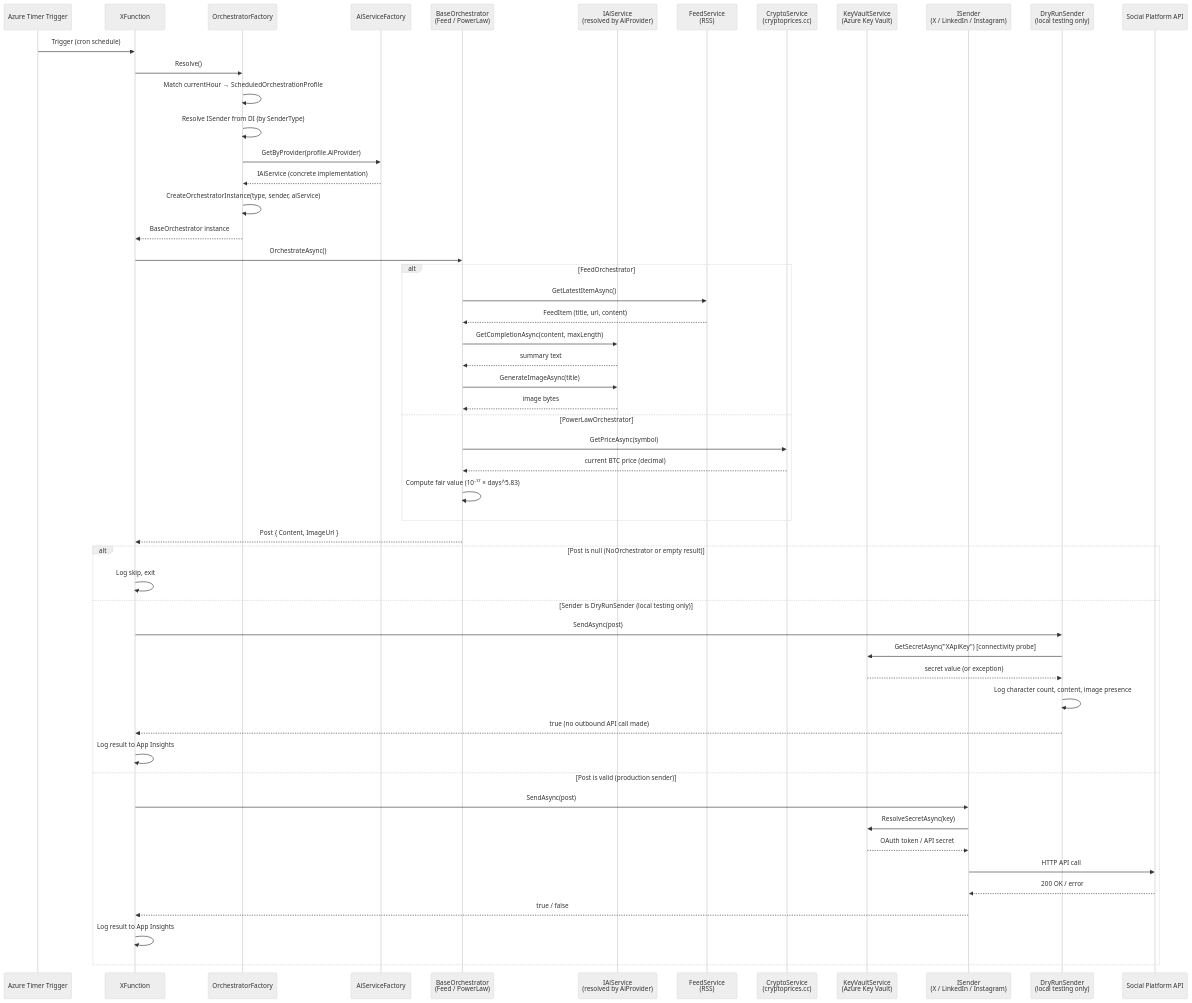
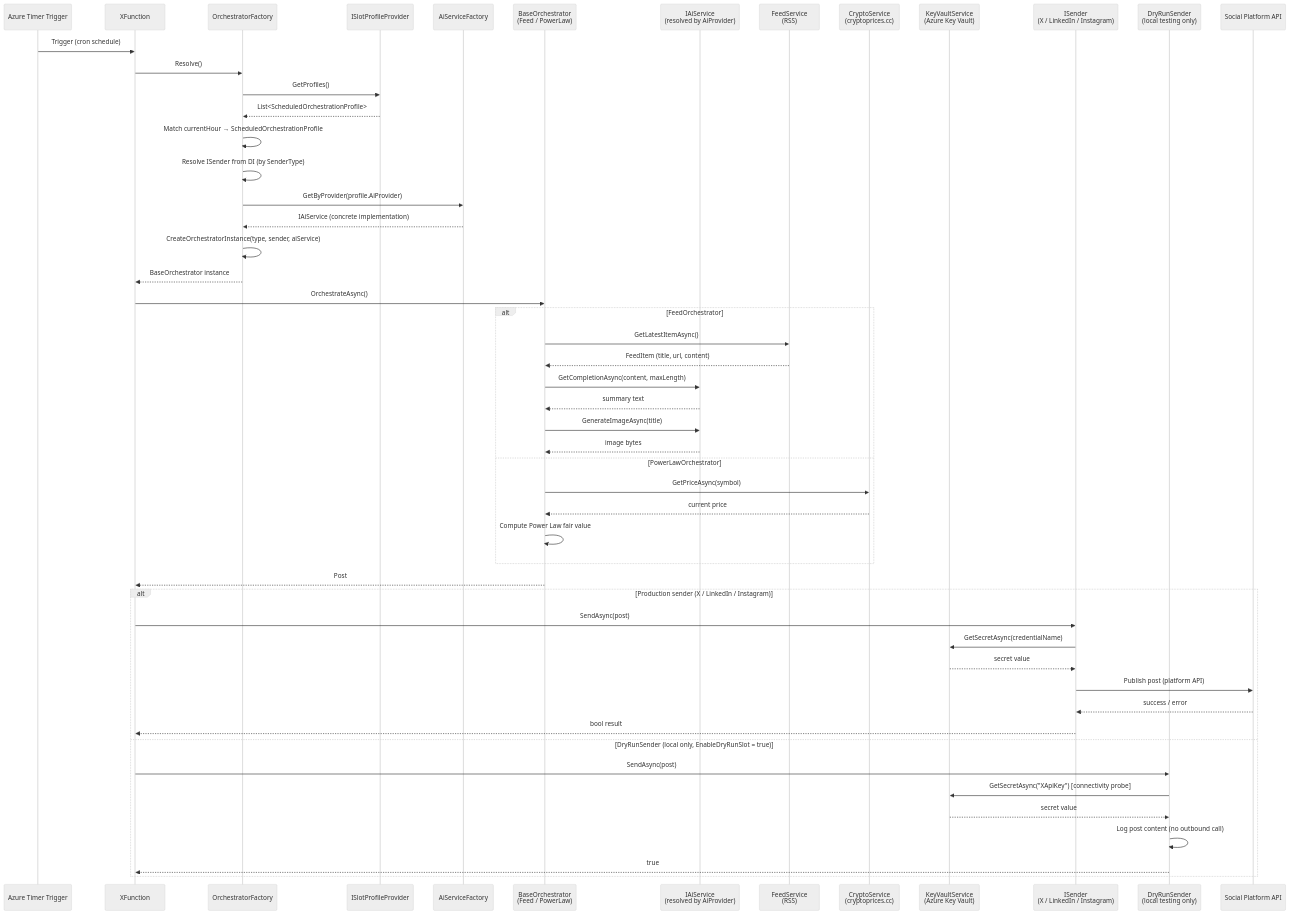
The diagram in docs/architecture.md (artcava/XPoster), drawn with Mermaid (neutral theme) before and after one commit. The commit also changed other lines of this file, not shown here.

Commit message:
docs: update architecture.md to reflect ISlotProfileProvider injection

````diff
--- a/docs/architecture.md
+++ b/docs/architecture.md
@@ -220,60 +222,59 @@
 ```mermaid
 sequenceDiagram
     participant Timer as Azure Timer Trigger
     participant Fn as XFunction
     participant Factory as OrchestratorFactory
+    participant ProfileProvider as ISlotProfileProvider
     participant AiFactory as AiServiceFactory
     participant Orch as BaseOrchestrator<br/>(Feed / PowerLaw)
     participant AI as IAiService<br/>(resolved by AiProvider)
     participant Feed as FeedService<br/>(RSS)
     participant Crypto as CryptoService<br/>(cryptoprices.cc)
     participant KV as KeyVaultService<br/>(Azure Key Vault)
     participant Sender as ISender<br/>(X / LinkedIn / Instagram)
     participant DryRun as DryRunSender<br/>(local testing only)
     participant Platform as Social Platform API
 
     Timer->>Fn: Trigger (cron schedule)
     Fn->>Factory: Resolve()
+    Factory->>ProfileProvider: GetProfiles()
+    ProfileProvider-->>Factory: List<ScheduledOrchestrationProfile>
     Factory->>Factory: Match currentHour → ScheduledOrchestrationProfile
     Factory->>Factory: Resolve ISender from DI (by SenderType)
     Factory->>AiFactory: GetByProvider(profile.AiProvider)
     AiFactory-->>Factory: IAiService (concrete implementation)
     Factory->>Factory: CreateOrchestratorInstance(type, sender, aiService)
     Factory-->>Fn: BaseOrchestrator instance
 
     Fn->>Orch: OrchestrateAsync()
 
     alt FeedOrchestrator
         Orch->>Feed: GetLatestItemAsync()
         Feed-->>Orch: FeedItem (title, url, content)
         Orch->>AI: GetCompletionAsync(content, maxLength)
         AI-->>Orch: summary text
         Orch->>AI: GenerateImageAsync(title)
         AI-->>Orch: image bytes
     else PowerLawOrchestrator
         Orch->>Crypto: GetPriceAsync(symbol)
-        Crypto-->>Orch: current BTC price (decimal)
-        Orch->>Orch: Compute fair value (10⁻¹⁷ × days^5.83)
+        Crypto-->>Orch: current price
+        Orch->>Orch: Compute Power Law fair value
     end
 
-    Orch-->>Fn: Post { Content, ImageUrl }
+    Orch-->>Fn: Post
 
-    alt Post is null (NoOrchestrator or empty result)
-        Fn->>Fn: Log skip, exit
-    else Sender is DryRunSender (local testing only)
+    alt Production sender (X / LinkedIn / Instagram)
+        Fn->>Sender: SendAsync(post)
+        Sender->>KV: GetSecretAsync(credentialName)
+        KV-->>Sender: secret value
+        Sender->>Platform: Publish post (platform API)
+        Platform-->>Sender: success / error
+        Sender-->>Fn: bool result
+    else DryRunSender (local only, EnableDryRunSlot = true)
         Fn->>DryRun: SendAsync(post)
         DryRun->>KV: GetSecretAsync("XApiKey") [connectivity probe]
-        KV-->>DryRun: secret value (or exception)
-        DryRun->>DryRun: Log character count, content, image presence
-        DryRun-->>Fn: true (no outbound API call made)
-        Fn->>Fn: Log result to App Insights
-    else Post is valid (production sender)
-        Fn->>Sender: SendAsync(post)
-        Sender->>KV: ResolveSecretAsync(key)
-        KV-->>Sender: OAuth token / API secret
-        Sender->>Platform: HTTP API call
-        Platform-->>Sender: 200 OK / error
-        Sender-->>Fn: true / false
-        Fn->>Fn: Log result to App Insights
+        KV-->>DryRun: secret value
+        DryRun->>DryRun: Log post content (no outbound call)
+        DryRun-->>Fn: true
     end
 ```
````
